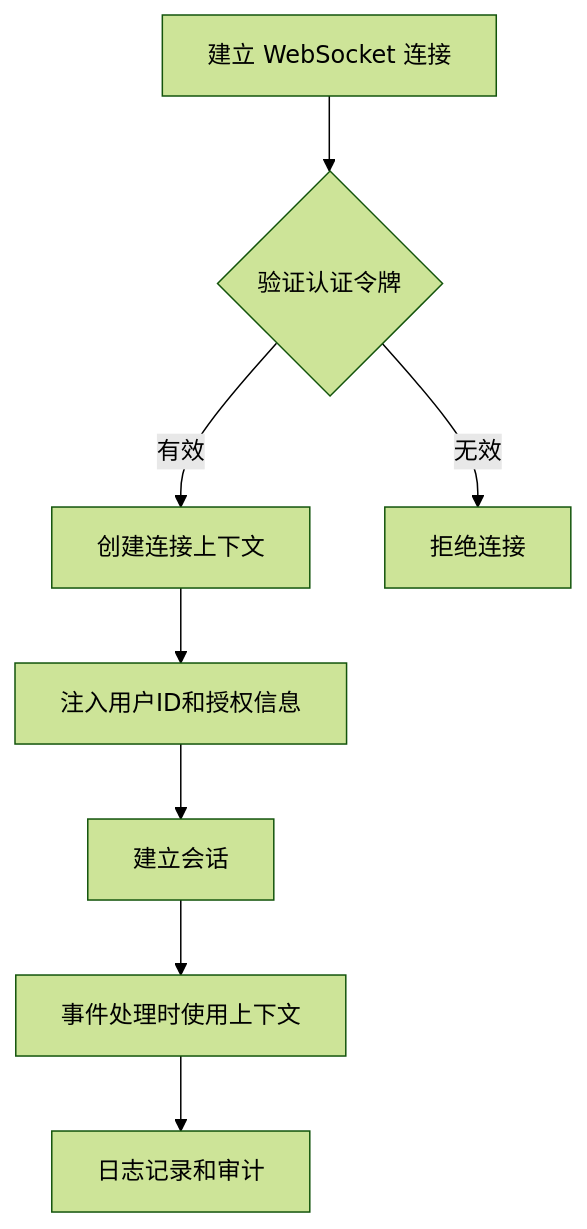
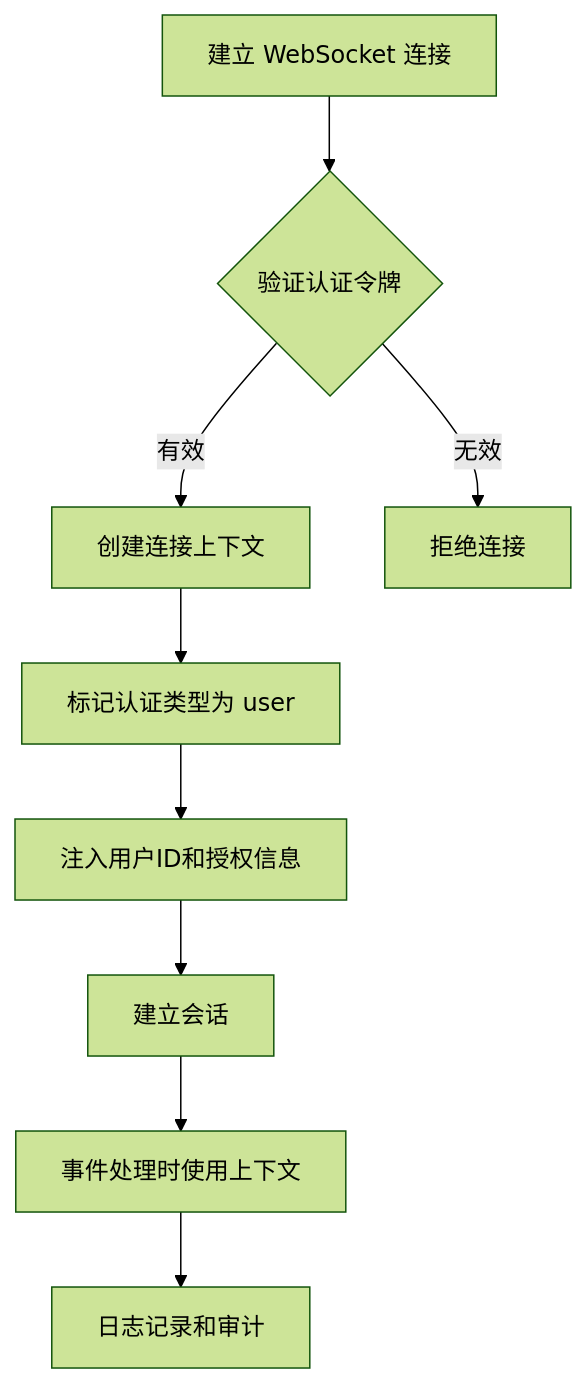
The seventh of 11 diagrams in .qoder/repowiki/zh/content/Ctxdata Context Management.md (maomao94/zero-service), drawn with Mermaid (forest theme) before and after one commit. The commit also changed other lines of this file and 7 other files, not shown here.

````diff
--- a/.qoder/repowiki/zh/content/Ctxdata Context Management.md
+++ b/.qoder/repowiki/zh/content/Ctxdata Context Management.md
@@ -235,10 +288,11 @@
 ```mermaid
 flowchart TD
 A[建立 WebSocket 连接] --> B{验证认证令牌}
 B --> |有效| C[创建连接上下文]
 B --> |无效| D[拒绝连接]
-C --> E[注入用户ID和授权信息]
-E --> F[建立会话]
-F --> G[事件处理时使用上下文]
-G --> H[日志记录和审计]
+C --> E[标记认证类型为 user]
+E --> F[注入用户ID和授权信息]
+F --> G[建立会话]
+G --> H[事件处理时使用上下文]
+H --> I[日志记录和审计]
 ```
````
